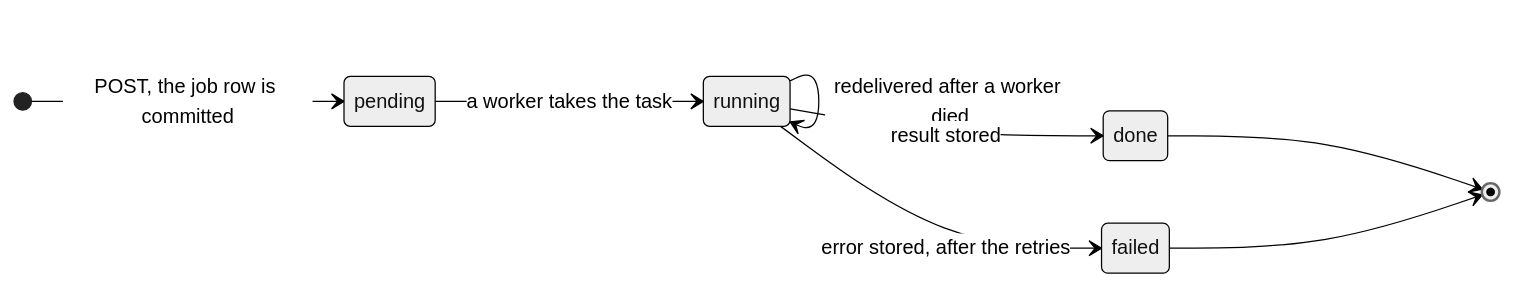
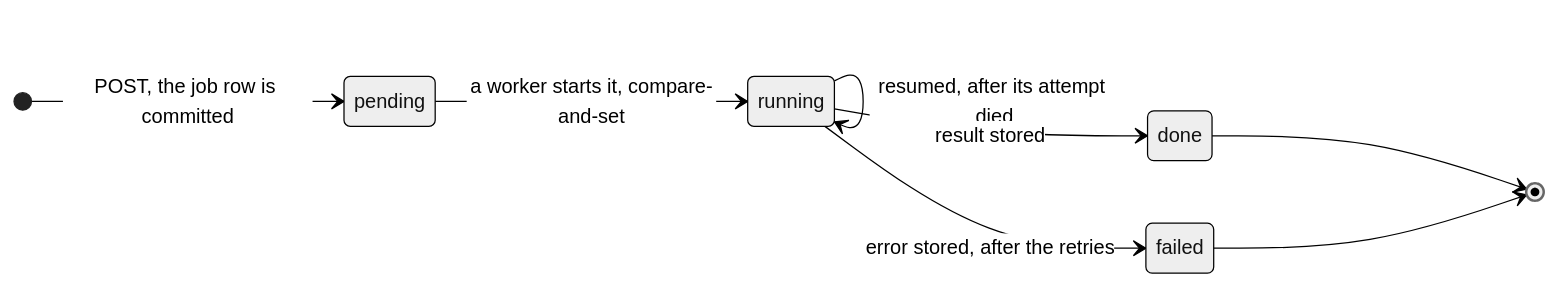
The second of 3 diagrams in docs/technical/api-and-workers.md (ychab/museflow), drawn with Mermaid (neutral theme) before and after one commit. The commit also changed other lines of this file and 59 other files, not shown here.

````diff
--- a/docs/technical/api-and-workers.md
+++ b/docs/technical/api-and-workers.md
@@ -75,11 +80,11 @@
 ```mermaid
 stateDiagram-v2
     direction LR
     [*] --> pending: POST, the job row is committed
-    pending --> running: a worker takes the task
-    running --> running: redelivered after a worker died
+    pending --> running: a worker starts it, compare-and-set
+    running --> running: resumed, after its attempt died
     running --> done: result stored
     running --> failed: error stored, after the retries
     done --> [*]
     failed --> [*]
 ```
````
